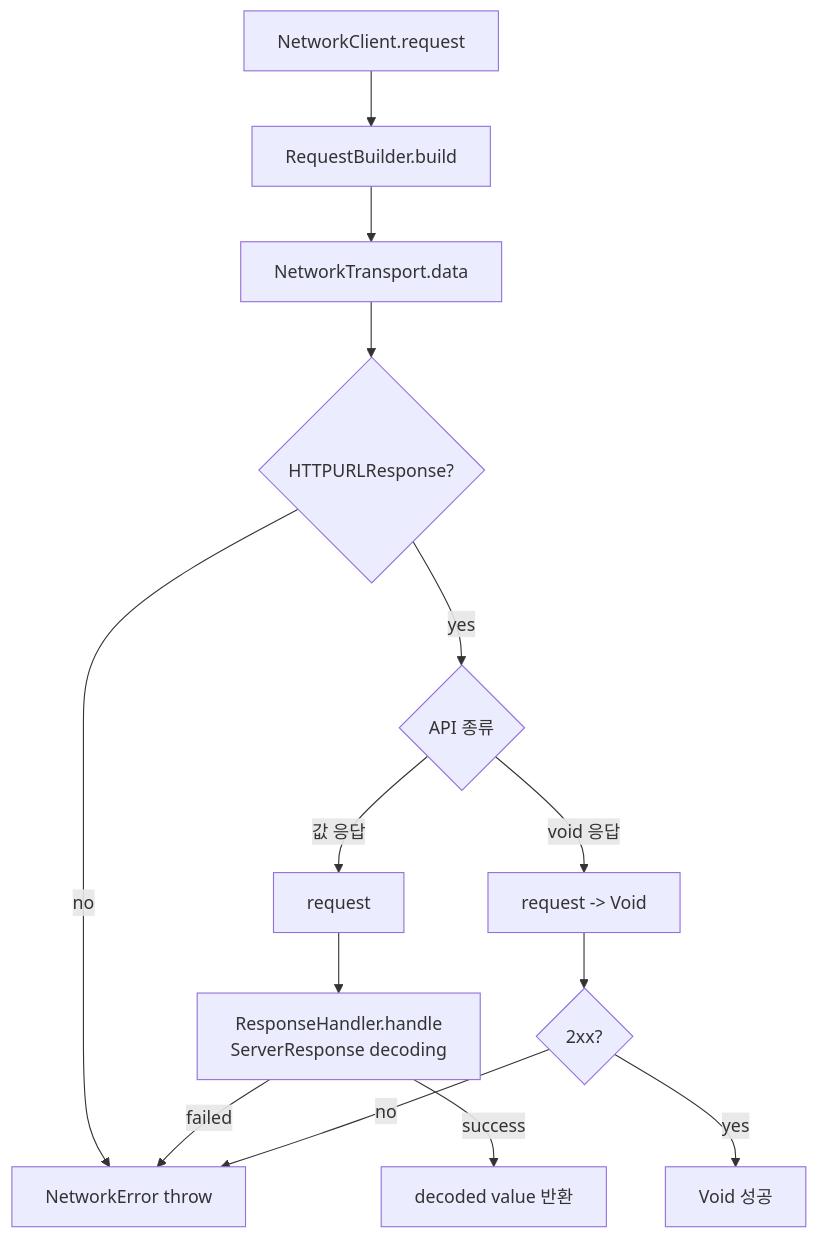
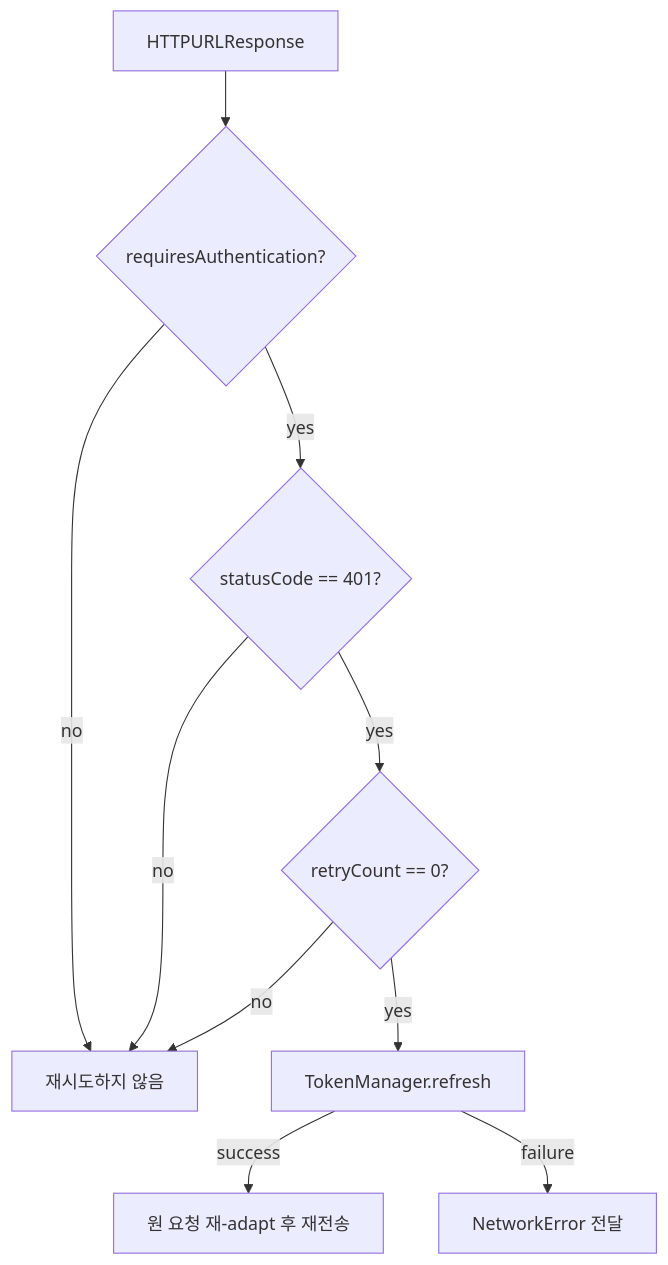
One commit to mediunn/Livith-iOS changed the fifth of 8 diagrams in Projects/LivithNetworking/README.md. Above: the diagram before and after it, drawn with Mermaid. The commit also changed other lines of this file and 11 other files, not shown here.

First line of the commit message:
[Feat] LIVD-395 - 401 Unauthorized 대응을 위한 refresh 및 retry 흐름 구현

````diff
--- a/Projects/LivithNetworking/README.md
+++ b/Projects/LivithNetworking/README.md
@@ -159,25 +178,21 @@
 ```mermaid
 flowchart TD
-    Start[NetworkClient.request]
-    Build[RequestBuilder.build]
-    Send[NetworkTransport.data]
-    HTTP{HTTPURLResponse?}
-    API{API 종류}
-    Value["request<T: Decodable>"]
-    Void[request -> Void]
-    Decode["ResponseHandler.handle<br/>ServerResponse<T> decoding"]
-    Status{2xx?}
-    SuccessValue[decoded value 반환]
-    SuccessVoid[Void 성공]
-    Failure[NetworkError throw]
+    Response[HTTPURLResponse]
+    Auth{requiresAuthentication?}
+    Status{statusCode == 401?}
+    Count{retryCount == 0?}
+    Refresh[TokenManager.refresh]
+    Retry[원 요청 재-adapt 후 재전송]
+    NoRetry[재시도하지 않음]
+    Failure[NetworkError 전달]
 
-    Start --> Build --> Send --> HTTP
-    HTTP -- no --> Failure
-    HTTP -- yes --> API
-    API -- 값 응답 --> Value --> Decode
-    API -- void 응답 --> Void --> Status
-    Decode -- success --> SuccessValue
-    Decode -- failed --> Failure
-    Status -- yes --> SuccessVoid
-    Status -- no --> Failure
+    Response --> Auth
+    Auth -- no --> NoRetry
+    Auth -- yes --> Status
+    Status -- no --> NoRetry
+    Status -- yes --> Count
+    Count -- no --> NoRetry
+    Count -- yes --> Refresh
+    Refresh -- success --> Retry
+    Refresh -- failure --> Failure
 ```
````
